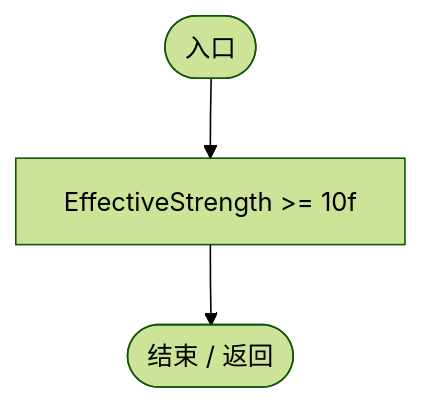
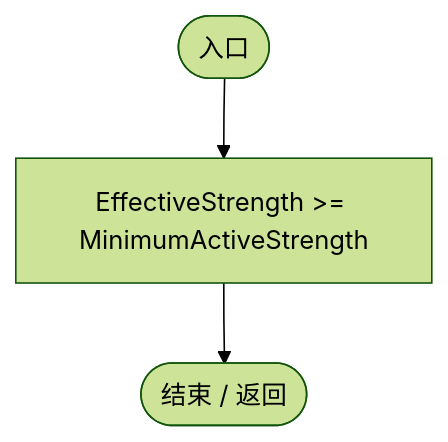
Before and after one commit to xhs6666/Darwin_paradise: the first of 2 diagrams in Docs/运行流程图/脚本/837eb9ce6eba3cc6.md, drawn with Mermaid (forest theme). The commit also changed other lines of this file and 184 other files, not shown here.

````diff
--- a/Docs/运行流程图/脚本/837eb9ce6eba3cc6.md
+++ b/Docs/运行流程图/脚本/837eb9ce6eba3cc6.md
@@ -19,9 +19,9 @@
 ```mermaid
 flowchart TD
   n2(["入口"])
-  n1["EffectiveStrength &gt;= 10f"]
+  n1["EffectiveStrength &gt;= MinimumActiveStrength"]
   n0(["结束 / 返回"])
   n1 --> n0
   n2 --> n1
 
 ```
````
